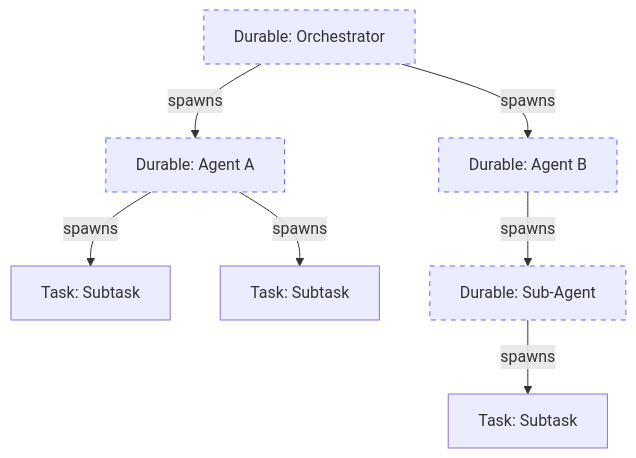
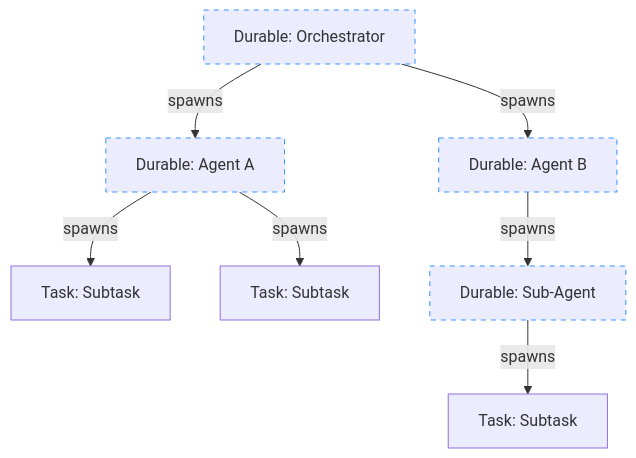
Before and after one commit to hatchet-dev/hatchet: the third of 3 diagrams in frontend/docs/pages/v1/durable-workflows/mixing-patterns.mdx, drawn with Mermaid. The commit also changed other lines of this file and 18 other files, not shown here.

````diff
--- a/frontend/docs/pages/v1/durable-workflows/mixing-patterns.mdx
+++ b/frontend/docs/pages/v1/durable-workflows/mixing-patterns.mdx
@@ -66,13 +66,13 @@
 ```mermaid
 graph TD
     Root[Durable: Orchestrator] -->|spawns| A[Durable: Agent A]
     Root -->|spawns| B[Durable: Agent B]
     A -->|spawns| A1[Task: Subtask]
     A -->|spawns| A2[Task: Subtask]
     B -->|spawns| B1[Durable: Sub-Agent]
     B1 -->|spawns| B1a[Task: Subtask]
-    style Root stroke:#6366f1,stroke-dasharray: 5 5
-    style A stroke:#6366f1,stroke-dasharray: 5 5
-    style B stroke:#6366f1,stroke-dasharray: 5 5
-    style B1 stroke:#6366f1,stroke-dasharray: 5 5
+    style Root stroke:#3392FF,stroke-dasharray: 5 5
+    style A stroke:#3392FF,stroke-dasharray: 5 5
+    style B stroke:#3392FF,stroke-dasharray: 5 5
+    style B1 stroke:#3392FF,stroke-dasharray: 5 5
 ```
````
